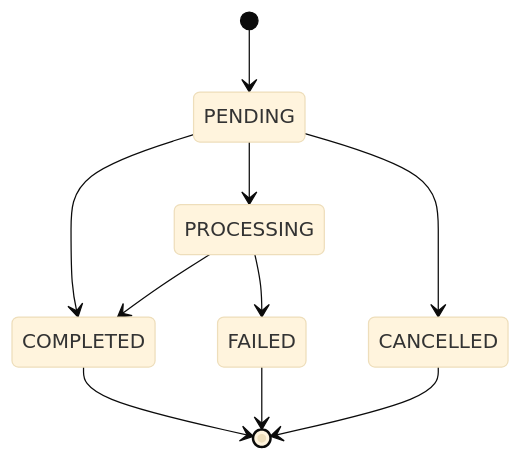
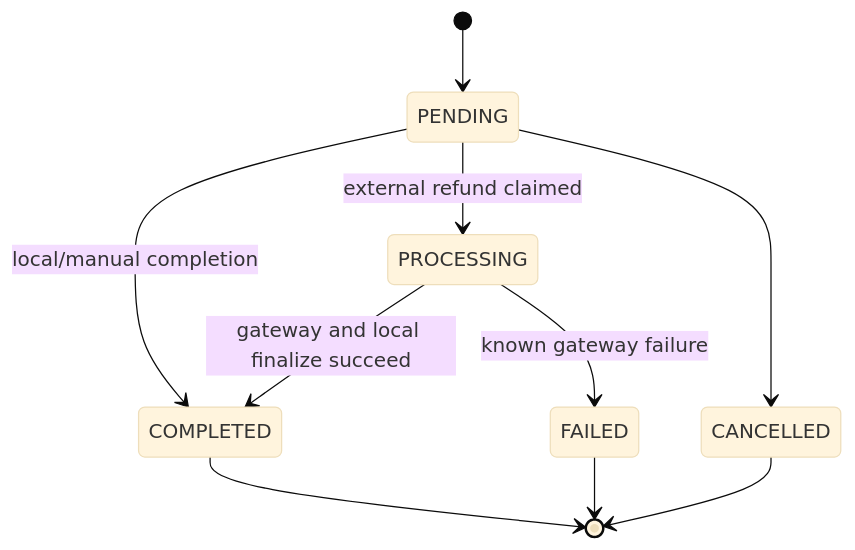
Before and after one commit to SaeidSharafi/JeduApi: the third of 3 diagrams in docs/Architecture/Admin-Order-Management.md, drawn with Mermaid (base theme). The commit also changed other lines of this file and 26 other files, not shown here.

First line of the commit message:
docs: consolidate architecture documentation

````diff
--- a/docs/Architecture/Admin-Order-Management.md
+++ b/docs/Architecture/Admin-Order-Management.md
@@ -91,13 +81,12 @@
 ```mermaid
 stateDiagram-v2
     [*] --> PENDING
-    PENDING --> PROCESSING
-    PENDING --> COMPLETED
+    PENDING --> PROCESSING: external refund claimed
+    PENDING --> COMPLETED: local/manual completion
     PENDING --> CANCELLED
-    PROCESSING --> COMPLETED
-    PROCESSING --> FAILED
-
+    PROCESSING --> COMPLETED: gateway and local finalize succeed
+    PROCESSING --> FAILED: known gateway failure
     COMPLETED --> [*]
     FAILED --> [*]
     CANCELLED --> [*]
 ```
````
